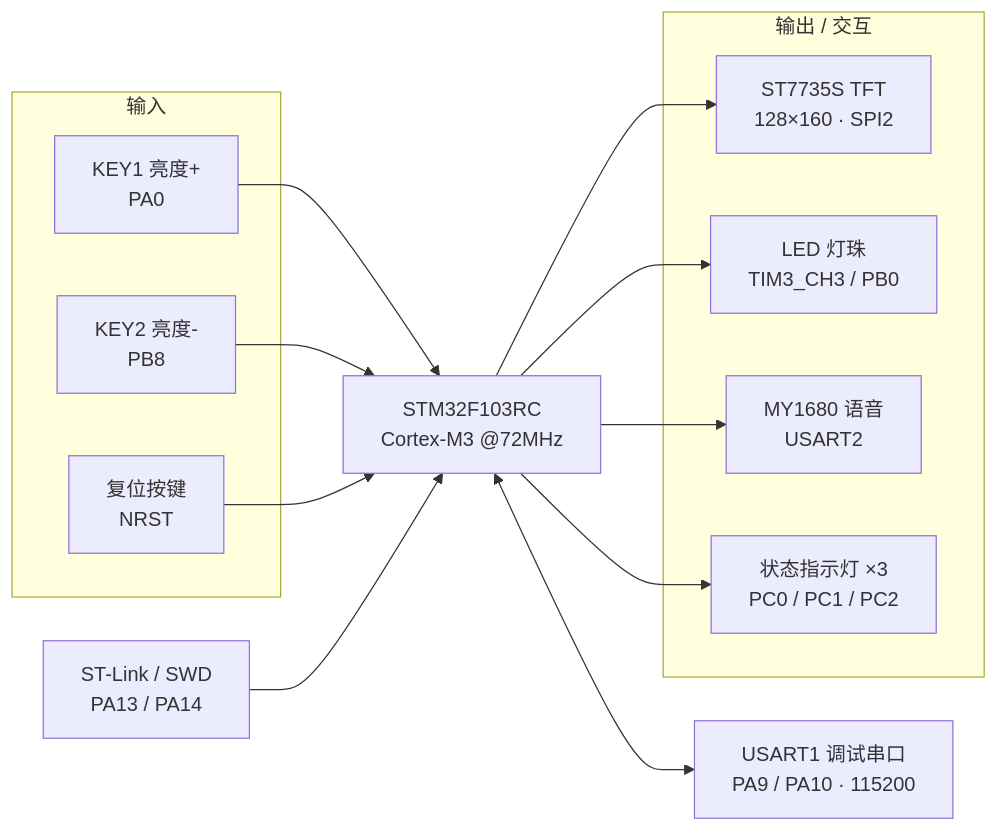
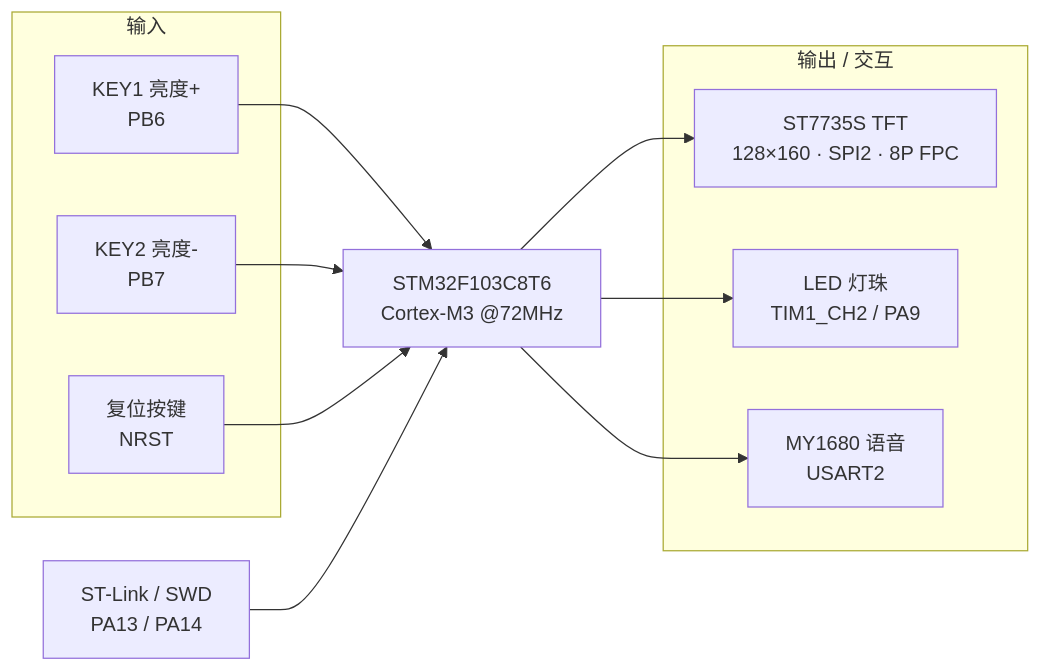
Before and after one commit to musuixin01/stm32-smart-eye-care-lamp: the diagram in docs/hardware.md, drawn with Mermaid. The commit also changed other lines of this file and 5 other files, not shown here.

First line of the commit message:
docs: update hardware to C8T6 + add official schematic

````diff
--- a/docs/hardware.md
+++ b/docs/hardware.md
@@ -15,30 +17,26 @@
 ```mermaid
 flowchart LR
     subgraph IN[输入]
-        K1["KEY1 亮度+<br/>PA0"]
-        K2["KEY2 亮度-<br/>PB8"]
+        K1["KEY1 亮度+<br/>PB6"]
+        K2["KEY2 亮度-<br/>PB7"]
         RST["复位按键<br/>NRST"]
     end
 
-    MCU["STM32F103RC<br/>Cortex-M3 @72MHz"]
+    MCU["STM32F103C8T6<br/>Cortex-M3 @72MHz"]
 
     subgraph OUT[输出 / 交互]
-        TFT["ST7735S TFT<br/>128×160 · SPI2"]
-        LED["LED 灯珠<br/>TIM3_CH3 / PB0"]
+        TFT["ST7735S TFT<br/>128×160 · SPI2 · 8P FPC"]
+        LED["LED 灯珠<br/>TIM1_CH2 / PA9"]
         VOICE["MY1680 语音<br/>USART2"]
-        LED3["状态指示灯 ×3<br/>PC0 / PC1 / PC2"]
     end
 
-    DBG["USART1 调试串口<br/>PA9 / PA10 · 115200"]
     SWD["ST-Link / SWD<br/>PA13 / PA14"]
 
     K1 --> MCU
     K2 --> MCU
     RST --> MCU
     MCU --> TFT
     MCU --> LED
     MCU --> VOICE
-    MCU --> LED3
-    MCU <--> DBG
     SWD --> MCU
 ```
````
